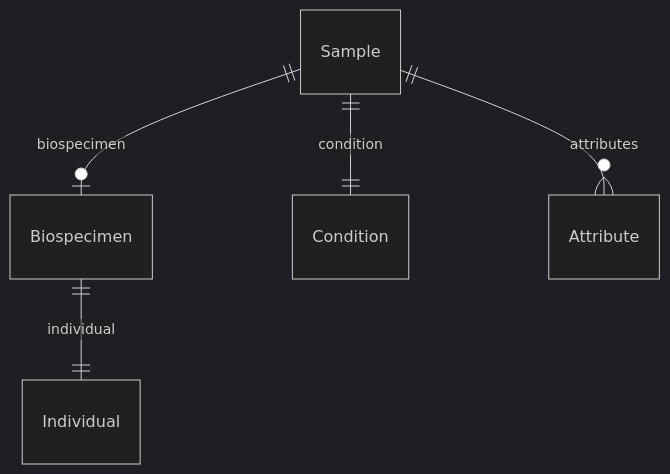
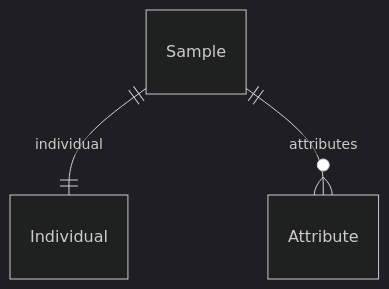
The second of 5 diagrams in docs/entity_relations.md (ghga-de/ghga-metadata-schema), drawn with Mermaid (dark theme) before and after one commit. The commit also changed other lines of this file and 405 other files, not shown here.

````diff
--- a/docs/entity_relations.md
+++ b/docs/entity_relations.md
@@ -138,18 +114,13 @@
 ```mermaid
 erDiagram
 Individual {
-
-}
-Biospecimen {
 
 }
 Sample {
 
 }
 
-Biospecimen ||--|| Individual : "individual"
-Sample ||--|o Biospecimen : "biospecimen"
-Sample ||--|| Condition : "condition"
+Sample ||--|| Individual : "individual"
 Sample ||--}o Attribute : "attributes"
 
 ```
````
